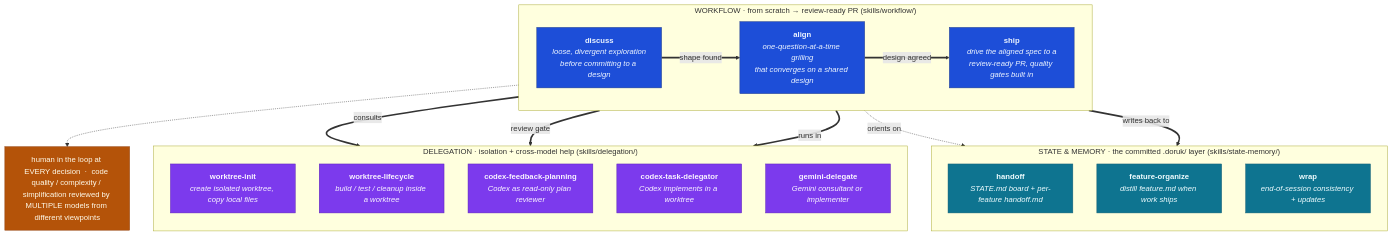
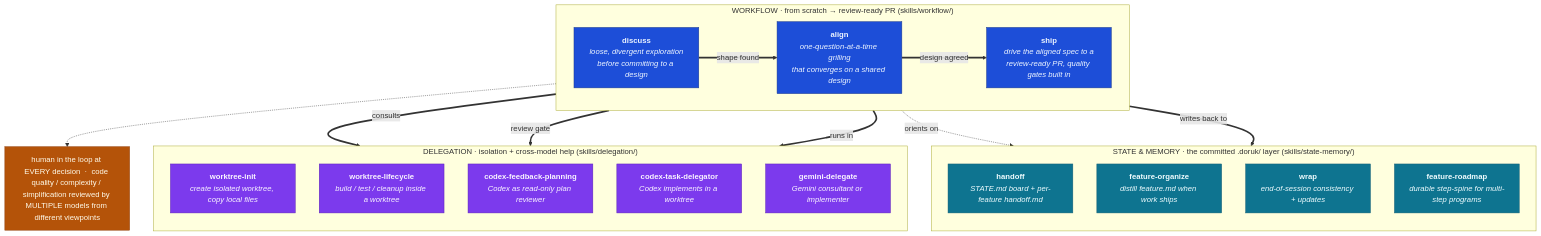
One commit to doruktarhan/doruk-ai-harness changed the first of 2 diagrams in README.md. Above: the diagram before and after it, drawn with Mermaid. The commit also changed other lines of this file and 12 other files, not shown here.

First line of the commit message:
feat(state-memory): add feature-roadmap skill + demo example

````diff
--- a/README.md
+++ b/README.md
@@ -45,45 +45,46 @@
 ```mermaid
 flowchart TB
     subgraph WF["WORKFLOW · from scratch → review-ready PR (skills/workflow/)"]
         direction LR
         D["<b>discuss</b><br/><i>loose, divergent exploration<br/>before committing to a design</i>"]
         AL["<b>align</b><br/><i>one-question-at-a-time grilling<br/>that converges on a shared design</i>"]
         SH["<b>ship</b><br/><i>drive the aligned spec to a<br/>review-ready PR, quality gates built in</i>"]
         D ==>|"shape found"| AL
         AL ==>|"design agreed"| SH
     end
 
     HITL["human in the loop at EVERY decision  ·  code quality / complexity / simplification reviewed by MULTIPLE models from different viewpoints"]
     WF -.-> HITL
 
     subgraph SM["STATE &amp; MEMORY · the committed .doruk/ layer (skills/state-memory/)"]
         direction TB
         SM1["<b>handoff</b><br/><i>STATE.md board + per-feature handoff.md</i>"]
         SM2["<b>feature-organize</b><br/><i>distill feature.md when work ships</i>"]
         SM3["<b>wrap</b><br/><i>end-of-session consistency + updates</i>"]
+        SM4["<b>feature-roadmap</b><br/><i>durable step-spine for multi-step programs</i>"]
     end
 
     subgraph DG["DELEGATION · isolation + cross-model help (skills/delegation/)"]
         direction TB
         DG1["<b>worktree-init</b><br/><i>create isolated worktree, copy local files</i>"]
         DG2["<b>worktree-lifecycle</b><br/><i>build / test / cleanup inside a worktree</i>"]
         DG3["<b>codex-feedback-planning</b><br/><i>Codex as read-only plan reviewer</i>"]
         DG4["<b>codex-task-delegator</b><br/><i>Codex implements in a worktree</i>"]
         DG5["<b>gemini-delegate</b><br/><i>Gemini consultant or implementer</i>"]
     end
 
     D -.->|orients on| SM1
     SH ==>|runs in| DG
     SH ==>|consults| DG3
     SH ==>|writes back to| SM
     SH ==>|review gate| DG5
 
     classDef wf fill:#1d4ed8,stroke:#1e3a8a,color:#eff6ff;
     classDef hitl fill:#b45309,stroke:#92400e,color:#fffbeb;
     classDef sm fill:#0e7490,stroke:#155e75,color:#f0fdff;
     classDef dg fill:#7c3aed,stroke:#5b21b6,color:#faf5ff;
     class D,AL,SH wf;
     class HITL hitl;
-    class SM1,SM2,SM3 sm;
+    class SM1,SM2,SM3,SM4 sm;
     class DG1,DG2,DG3,DG4,DG5 dg;
 ```
````
